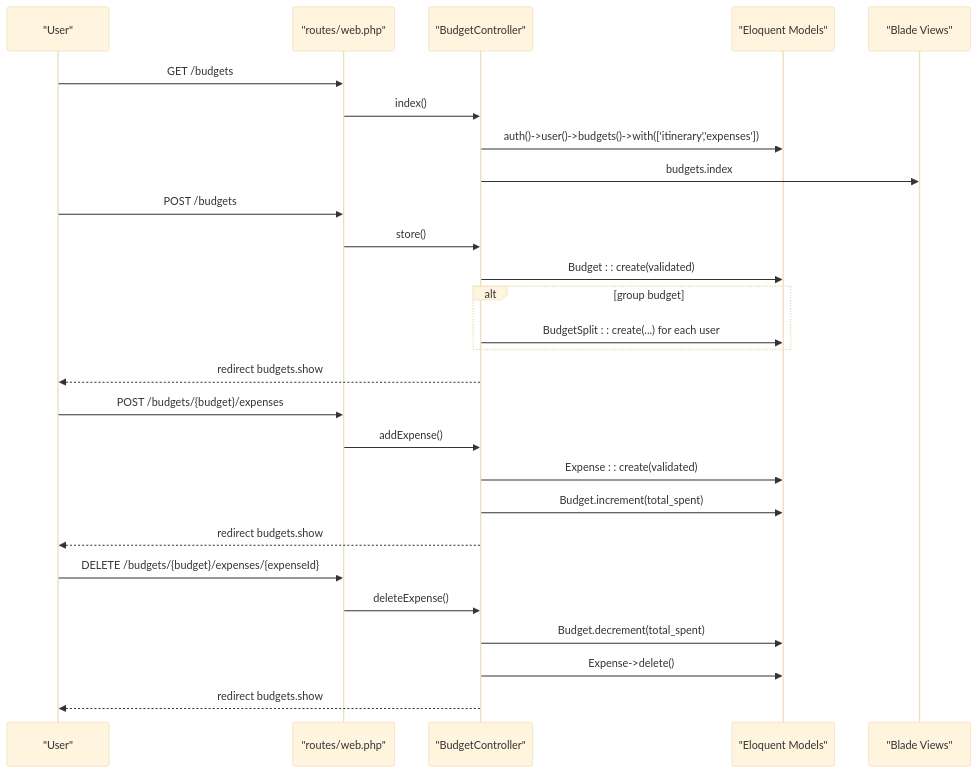
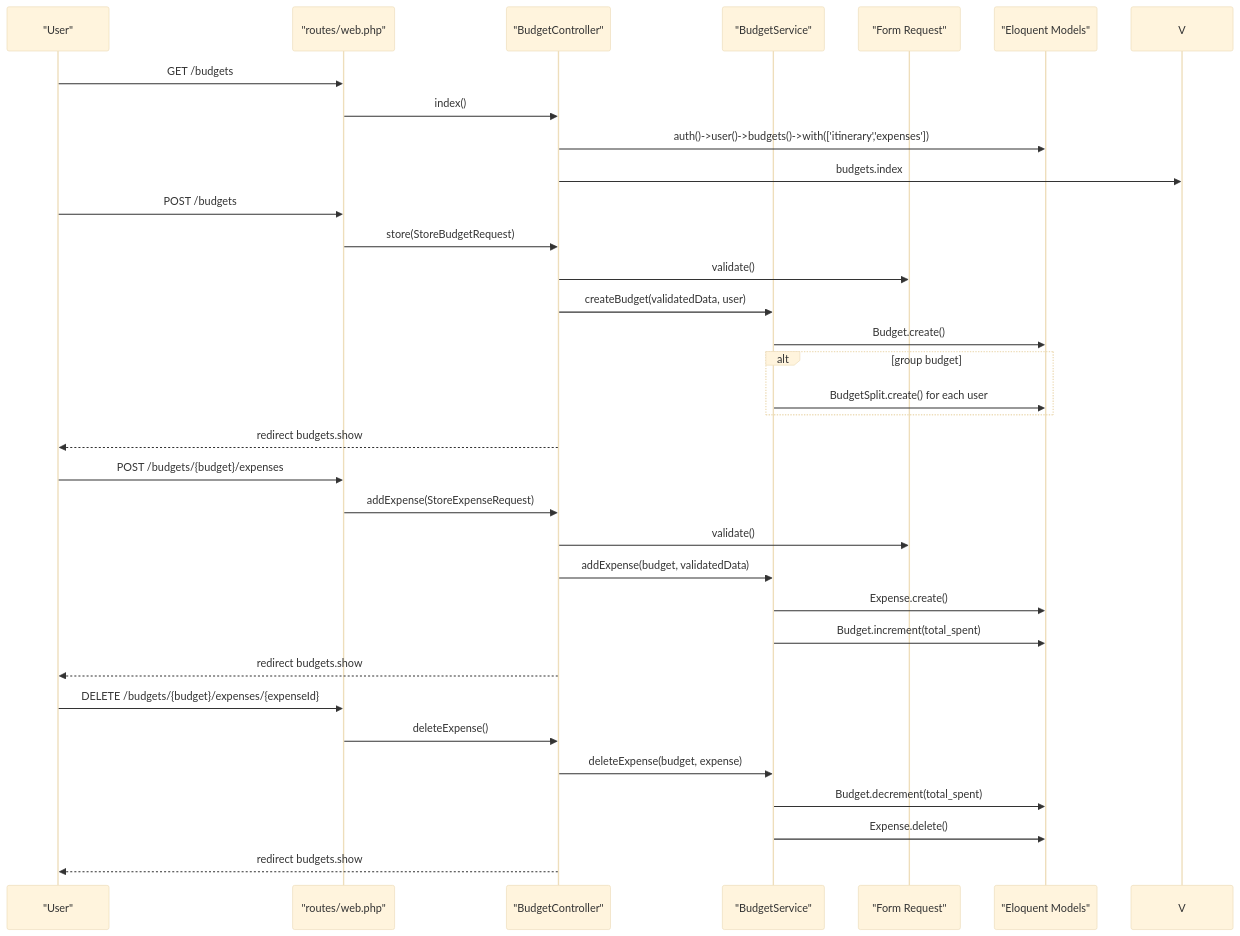
The second of 9 diagrams in .qoder/repowiki/en/content/Budget and Expense Tracking.md (VenokM05/Travel_Project), drawn with Mermaid (base theme) before and after one commit. The commit also changed other lines of this file and 12 other files, not shown here.

````diff
--- a/.qoder/repowiki/en/content/Budget and Expense Tracking.md
+++ b/.qoder/repowiki/en/content/Budget and Expense Tracking.md
@@ -137,29 +153,35 @@
 ```mermaid
 sequenceDiagram
 participant U as "User"
 participant R as "routes/web.php"
 participant C as "BudgetController"
+participant S as "BudgetService"
+participant FR as "Form Request"
 participant M as "Eloquent Models"
-participant V as "Blade Views"
 U->>R : GET /budgets
 R->>C : index()
 C->>M : auth()->user()->budgets()->with(['itinerary','expenses'])
 C->>V : budgets.index
 U->>R : POST /budgets
-R->>C : store()
-C->>M : Budget : : create(validated)
+R->>C : store(StoreBudgetRequest)
+C->>FR : validate()
+C->>S : createBudget(validatedData, user)
+S->>M : Budget.create()
 alt group budget
-C->>M : BudgetSplit : : create(...) for each user
+S->>M : BudgetSplit.create() for each user
 end
 C-->>U : redirect budgets.show
 U->>R : POST /budgets/{budget}/expenses
-R->>C : addExpense()
-C->>M : Expense : : create(validated)
-C->>M : Budget.increment(total_spent)
+R->>C : addExpense(StoreExpenseRequest)
+C->>FR : validate()
+C->>S : addExpense(budget, validatedData)
+S->>M : Expense.create()
+S->>M : Budget.increment(total_spent)
 C-->>U : redirect budgets.show
 U->>R : DELETE /budgets/{budget}/expenses/{expenseId}
 R->>C : deleteExpense()
-C->>M : Budget.decrement(total_spent)
-C->>M : Expense->delete()
+C->>S : deleteExpense(budget, expense)
+S->>M : Budget.decrement(total_spent)
+S->>M : Expense.delete()
 C-->>U : redirect budgets.show
 ```
````
